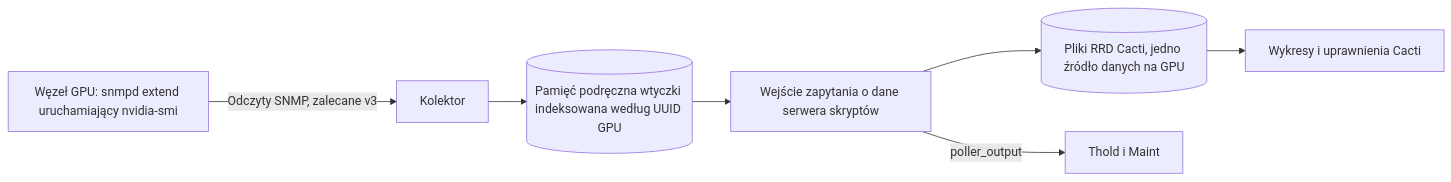
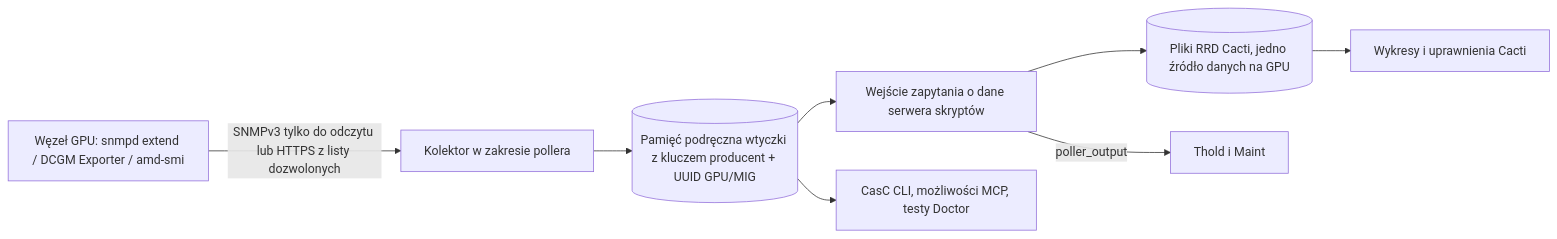
The diagram in docs/i18n/pl-PL/README.md (somethingwithproof/plugin_gpu), drawn with Mermaid before and after one commit. The commit also changed other lines of this file and 47 other files, not shown here.

````diff
--- a/docs/i18n/pl-PL/README.md
+++ b/docs/i18n/pl-PL/README.md
@@ -106,9 +106,10 @@
 ```mermaid
 flowchart LR
-    NODE[Węzeł GPU: snmpd extend uruchamiający nvidia-smi] -->|Odczyty SNMP, zalecane v3| C[Kolektor]
-    C --> CACHE[(Pamięć podręczna wtyczki indeksowana według UUID GPU)]
+    NODE["Węzeł GPU: snmpd extend / DCGM Exporter / amd-smi"] -->|SNMPv3 tylko do odczytu lub HTTPS z listy dozwolonych| C[Kolektor w zakresie pollera]
+    C --> CACHE[(Pamięć podręczna wtyczki z kluczem producent + UUID GPU/MIG)]
     CACHE --> SS[Wejście zapytania o dane serwera skryptów]
+    CACHE --> ECO[CasC CLI, możliwości MCP, testy Doctor]
     SS --> RRD[(Pliki RRD Cacti, jedno źródło danych na GPU)]
     SS -->|poller_output| T[Thold i Maint]
     RRD --> G[Wykresy i uprawnienia Cacti]
 ```
````
